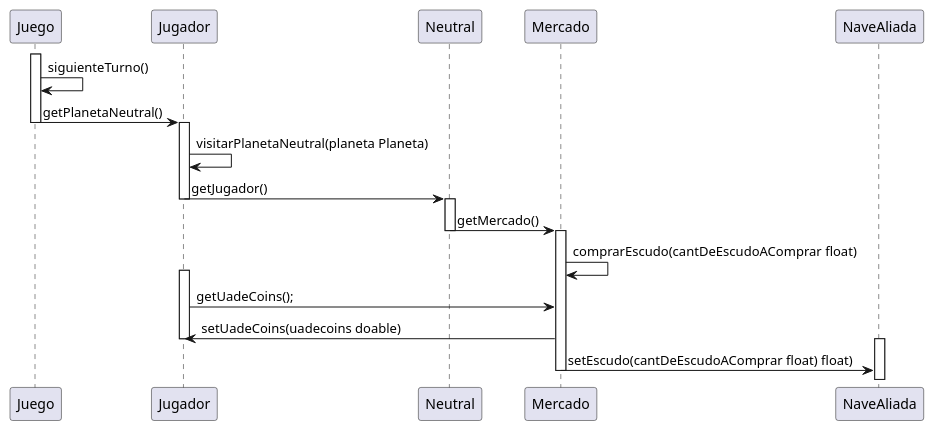
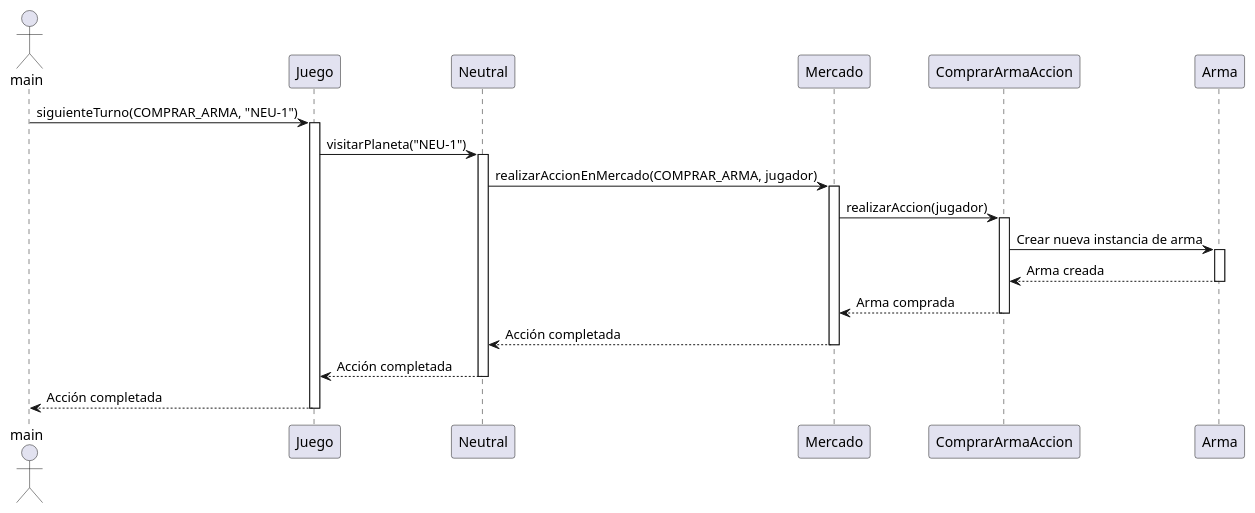
The diagram in src/main/java/org/example/Diagrams/TPO_SequenceDiagramMarketItem.puml (ianlio-git/LostGalaxy), drawn with PlantUML before and after one commit. The commit also changed 5 other files, not shown here.

Commit message:
hiceLosDiagramasDeSecuenciaNoSeNiComo

```diff
--- a/src/main/java/org/example/Diagrams/TPO_SequenceDiagramMarketItem.puml
+++ b/src/main/java/org/example/Diagrams/TPO_SequenceDiagramMarketItem.puml
@@ -1,35 +1,28 @@
 @startuml
+actor main
 participant Juego
-participant Jugador
 participant Neutral
 participant Mercado
-participant NaveAliada
-
+participant ComprarArmaAccion
+participant Arma
+main -> Juego: siguienteTurno(COMPRAR_ARMA, "NEU-1")
 activate Juego
+Juego -> Neutral: visitarPlaneta("NEU-1")
+activate Neutral
+Neutral -> Mercado: realizarAccionEnMercado(COMPRAR_ARMA, jugador)
+activate Mercado
+Mercado -> ComprarArmaAccion: realizarAccion(jugador)
+activate ComprarArmaAccion
+ComprarArmaAccion -> Arma: Crear nueva instancia de arma
+activate Arma
+Arma --> ComprarArmaAccion: Arma creada
+deactivate Arma
+ComprarArmaAccion --> Mercado: Arma comprada
+deactivate ComprarArmaAccion
+Mercado --> Neutral: Acción completada
+deactivate Mercado
+Neutral --> Juego: Acción completada
+deactivate Neutral
+Juego --> main: Acción completada
 deactivate Juego
-Juego -> Juego: siguienteTurno()
-Juego -> Jugador: getPlanetaNeutral()
-deactivate Juego
-activate Jugador
-Jugador -> Jugador: visitarPlanetaNeutral(planeta Planeta)
-Jugador -> Neutral: getJugador()
-deactivate Jugador
-activate Neutral
-Mercado <- Neutral : getMercado()
-deactivate Neutral
-activate Mercado
-
-
-
-
-Mercado -> Mercado: comprarEscudo(cantDeEscudoAComprar float)
-activate Jugador
-Jugador -> Mercado: getUadeCoins();
-
-
-Mercado -> Jugador: setUadeCoins(uadecoins doable)
-deactivate Jugador
-activate NaveAliada
-Mercado -> NaveAliada: setEscudo(cantDeEscudoAComprar float) float)
-deactivate Mercado
 @enduml
```
